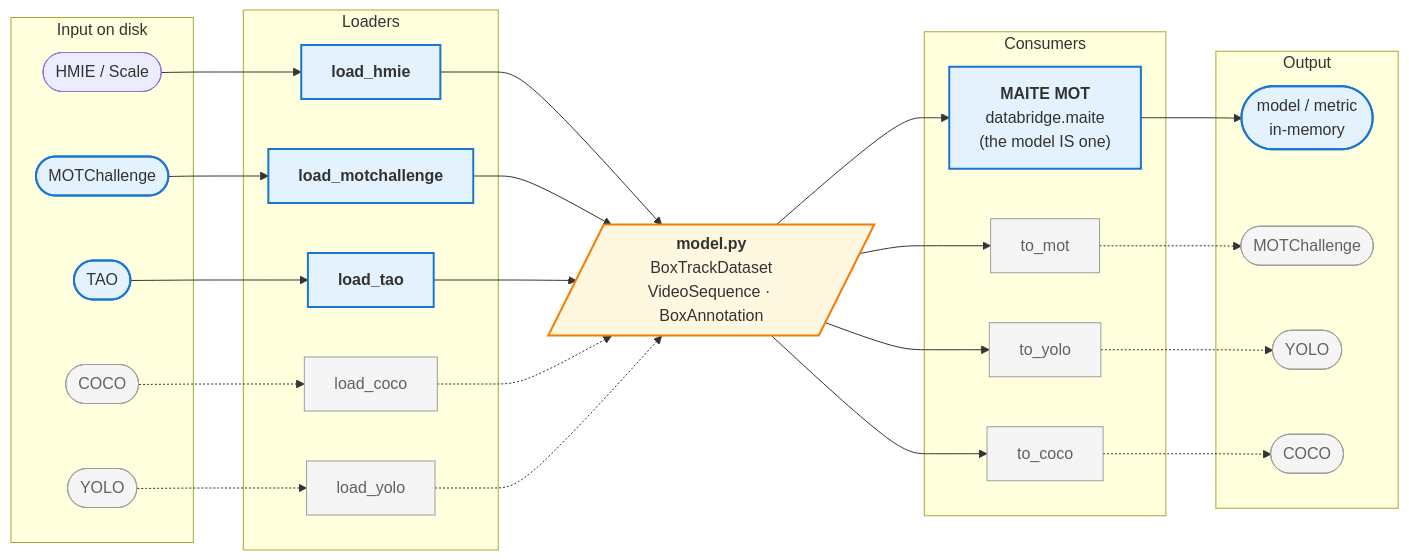
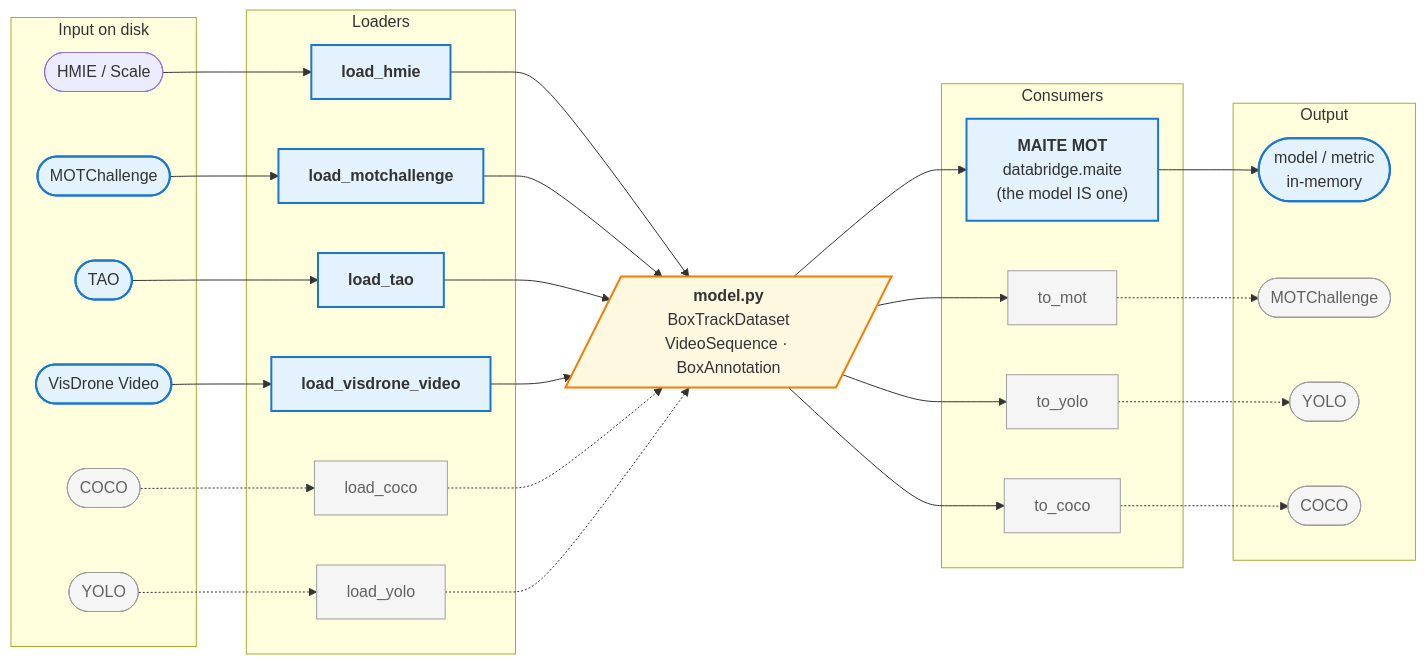
Before and after one commit to openteams-ai/datamaite: the first of 8 diagrams in docs/architecture.md, drawn with Mermaid. The commit also changed other lines of this file and 8 other files, not shown here.

Commit message:
Add VisDrone video dataset loader

````diff
--- a/docs/architecture.md
+++ b/docs/architecture.md
@@ -28,61 +29,65 @@
 ```mermaid
 flowchart LR
     subgraph in [Input on disk]
         HMIE([HMIE / Scale])
         MOTIN([MOTChallenge])
         TAOIN([TAO])
+        VISIN([VisDrone Video])
         COCOIN([COCO])
         YOLOIN([YOLO])
     end
 
     subgraph loaders [Loaders]
         LH["<b>load_hmie</b>"]
         LM["<b>load_motchallenge</b>"]
         LT["<b>load_tao</b>"]
+        LV["<b>load_visdrone_video</b>"]
         LC["load_coco"]
         LY["load_yolo"]
     end
 
     HUB[/"<b>model.py</b><br/>BoxTrackDataset<br/>VideoSequence · BoxAnnotation"/]
 
     subgraph consumers [Consumers]
         MAITE["<b>MAITE MOT</b><br/>databridge.maite<br/>(the model IS one)"]
         TM["to_mot"]
         TY["to_yolo"]
         TC["to_coco"]
     end
 
     subgraph out [Output]
         MAITEOUT([model / metric<br/>in-memory])
         MOTOUT([MOTChallenge])
         YOLOUT([YOLO])
         COCOUT([COCO])
     end
 
     HMIE --> LH
     MOTIN --> LM
     TAOIN --> LT
+    VISIN --> LV
     COCOIN -.-> LC
     YOLOIN -.-> LY
     LH --> HUB
     LM --> HUB
     LT --> HUB
+    LV --> HUB
     LC -.-> HUB
     LY -.-> HUB
     HUB --> MAITE
     HUB --> TM
     HUB --> TY
     HUB --> TC
     MAITE --> MAITEOUT
     TM -.-> MOTOUT
     TY -.-> YOLOUT
     TC -.-> COCOUT
 
     classDef hub fill:#fff8e1,stroke:#f57c00,stroke-width:2px;
     classDef impl fill:#e3f2fd,stroke:#1976d2,stroke-width:2px;
     classDef planned fill:#f5f5f5,stroke:#9e9e9e,color:#616161;
     class HUB hub;
-    class LH,LM,LT,MAITE impl;
-    class MAITEOUT,MOTIN,TAOIN impl;
+    class LH,LM,LT,LV,MAITE impl;
+    class MAITEOUT,MOTIN,TAOIN,VISIN impl;
     class LC,LY,TM,TY,TC,COCOIN,YOLOIN,MOTOUT,YOLOUT,COCOUT planned;
 ```
````
